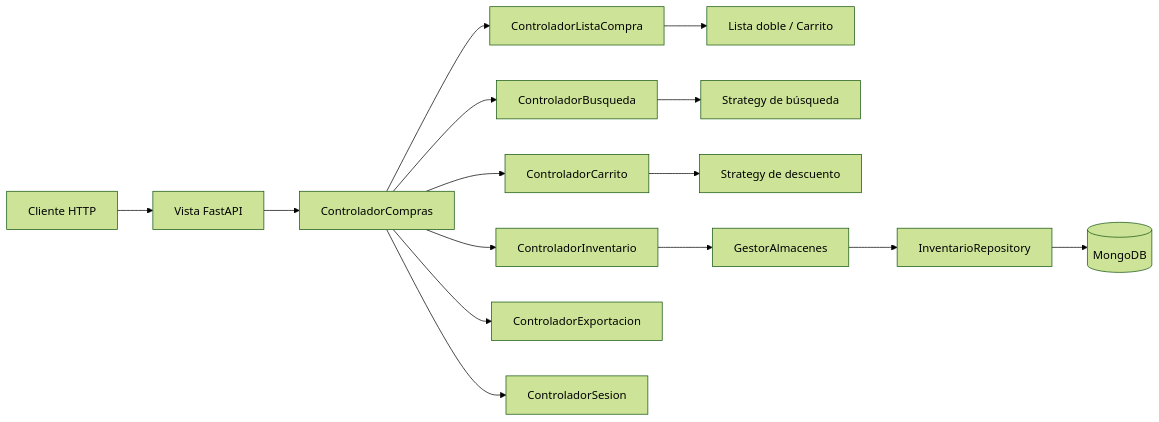
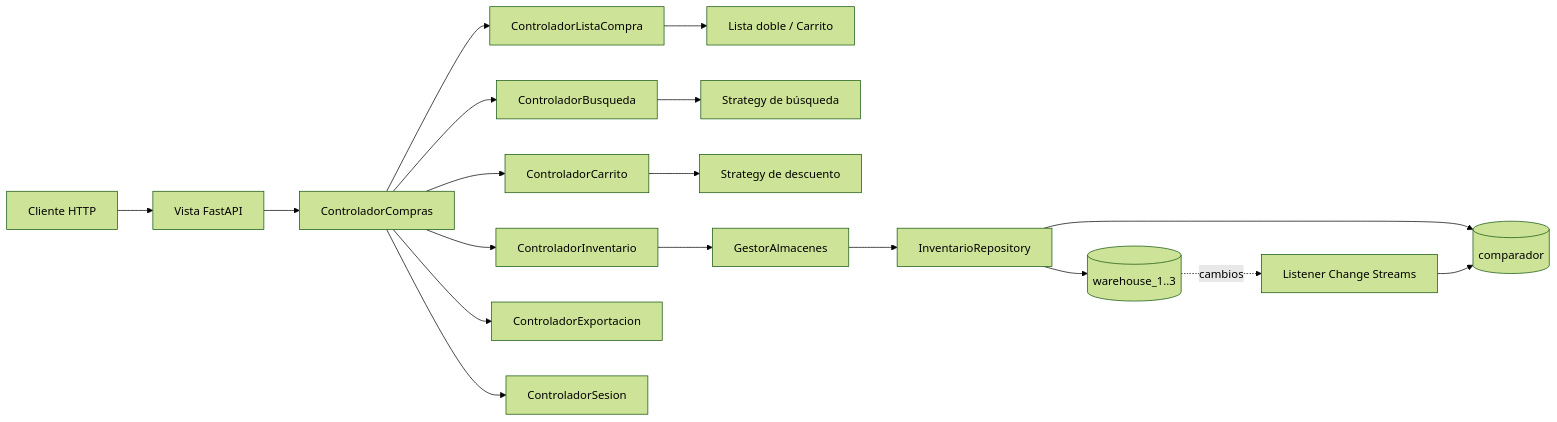
One commit to JimmyPiedrahita/asistente_compras changed the first of 2 diagrams in docs/ARQUITECTURA.md. Above: the diagram before and after it, drawn with Mermaid (forest theme). The commit also changed other lines of this file and 37 other files, not shown here.

````diff
--- a/docs/ARQUITECTURA.md
+++ b/docs/ARQUITECTURA.md
@@ -8,17 +9,20 @@
 ```mermaid
 flowchart LR
     Cliente[Cliente HTTP] --> API[Vista FastAPI]
     API --> Fachada[ControladorCompras]
     Fachada --> Lista[ControladorListaCompra]
     Fachada --> Busqueda[ControladorBusqueda]
     Fachada --> Carrito[ControladorCarrito]
     Fachada --> Inventario[ControladorInventario]
     Fachada --> Exportacion[ControladorExportacion]
     Fachada --> Sesion[ControladorSesion]
     Lista --> Modelo[Lista doble / Carrito]
     Busqueda --> Estrategias[Strategy de búsqueda]
     Carrito --> Descuentos[Strategy de descuento]
     Inventario --> Gestor[GestorAlmacenes]
     Gestor --> Repo[InventarioRepository]
-    Repo --> Mongo[(MongoDB)]
+    Repo --> Fuente[(warehouse_1..3)]
+    Repo --> Integrada[(comparador)]
+    Listener[Listener Change Streams] --> Integrada
+    Fuente -. cambios .-> Listener
 ```
````
